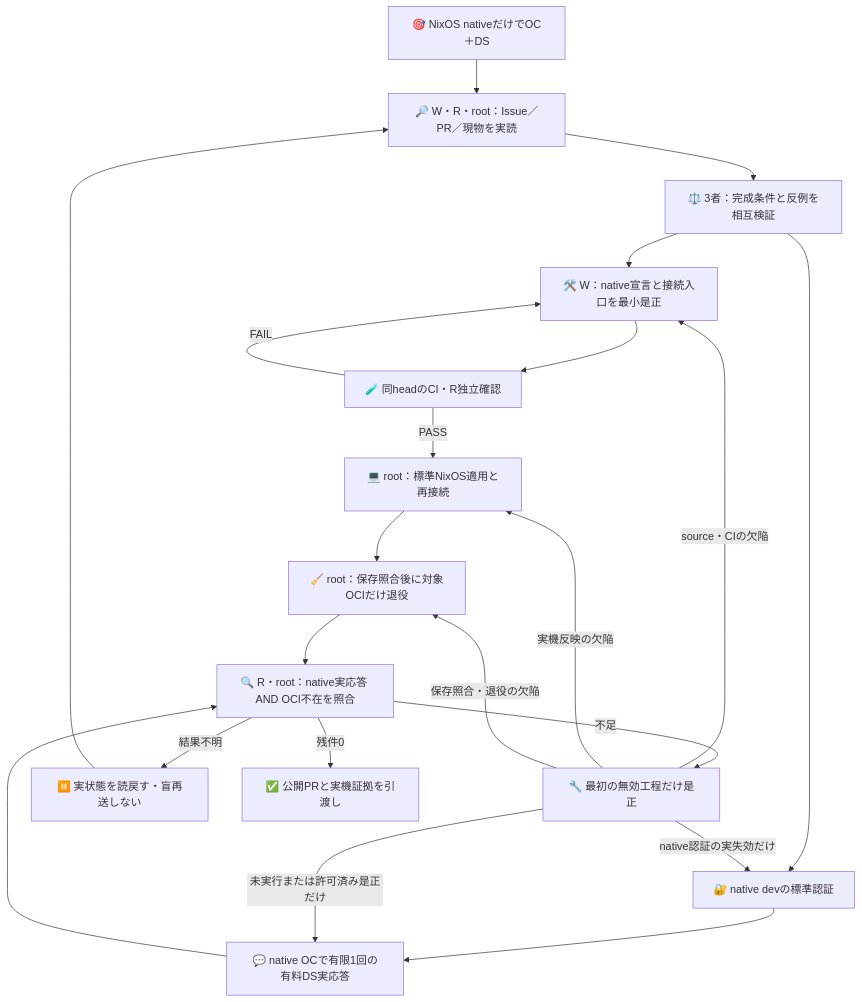
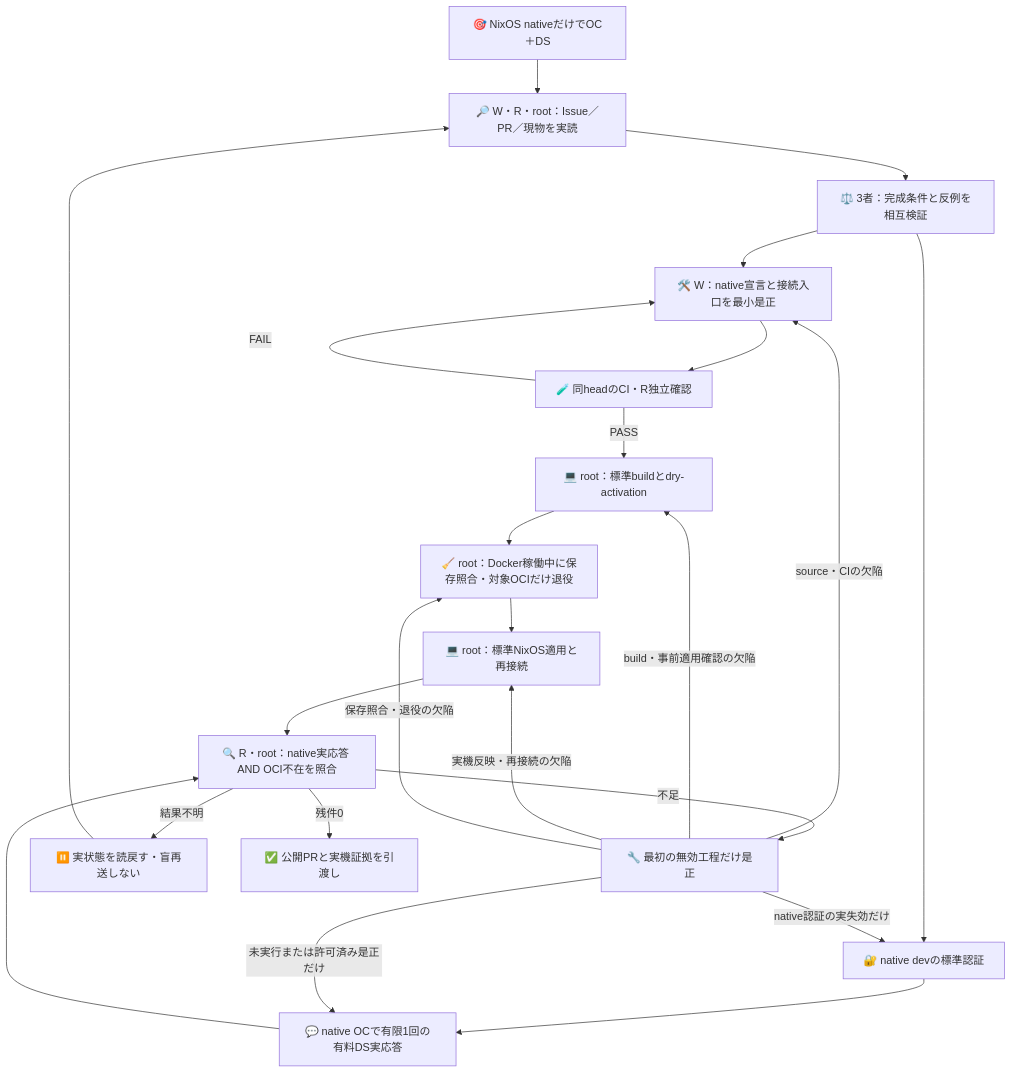
Before and after one commit to roccho-dev/resources: the second of 2 diagrams in docs/versapro-ssd-install.md, drawn with Mermaid. The commit also changed other lines of this file, not shown here.

````diff
--- a/docs/versapro-ssd-install.md
+++ b/docs/versapro-ssd-install.md
@@ -151,23 +151,25 @@
 ```mermaid
 flowchart TB
   U["🎯 NixOS nativeだけでOC＋DS"] --> Q["🔎 W・R・root：Issue／PR／現物を実読"]
   Q --> A["⚖️ 3者：完成条件と反例を相互検証"]
   A --> S["🛠️ W：native宣言と接続入口を最小是正"]
   S --> C["🧪 同headのCI・R独立確認"]
   C -->|FAIL| S
-  C -->|PASS| H["💻 root：標準NixOS適用と再接続"]
-  H --> O["🧹 root：保存照合後に対象OCIだけ退役"]
+  C -->|PASS| H["💻 root：標準buildとdry-activation"]
+  H --> O["🧹 root：Docker稼働中に保存照合・対象OCIだけ退役"]
+  O --> J["💻 root：標準NixOS適用と再接続"]
   A --> N["🔐 native devの標準認証"]
   N --> D["💬 native OCで有限1回の有料DS実応答"]
-  O --> V["🔍 R・root：native実応答 AND OCI不在を照合"]
+  J --> V["🔍 R・root：native実応答 AND OCI不在を照合"]
   D --> V
   V -->|不足| F["🔧 最初の無効工程だけ是正"]
   F -->|source・CIの欠陥| S
-  F -->|実機反映の欠陥| H
+  F -->|build・事前適用確認の欠陥| H
+  F -->|実機反映・再接続の欠陥| J
   F -->|保存照合・退役の欠陥| O
   F -->|native認証の実失効だけ| N
   F -->|未実行または許可済み是正だけ| D
   V -->|結果不明| X["⏸️ 実状態を読戻す・盲再送しない"]
   X --> Q
   V -->|残件0| Z["✅ 公開PRと実機証拠を引渡し"]
 ```
````
